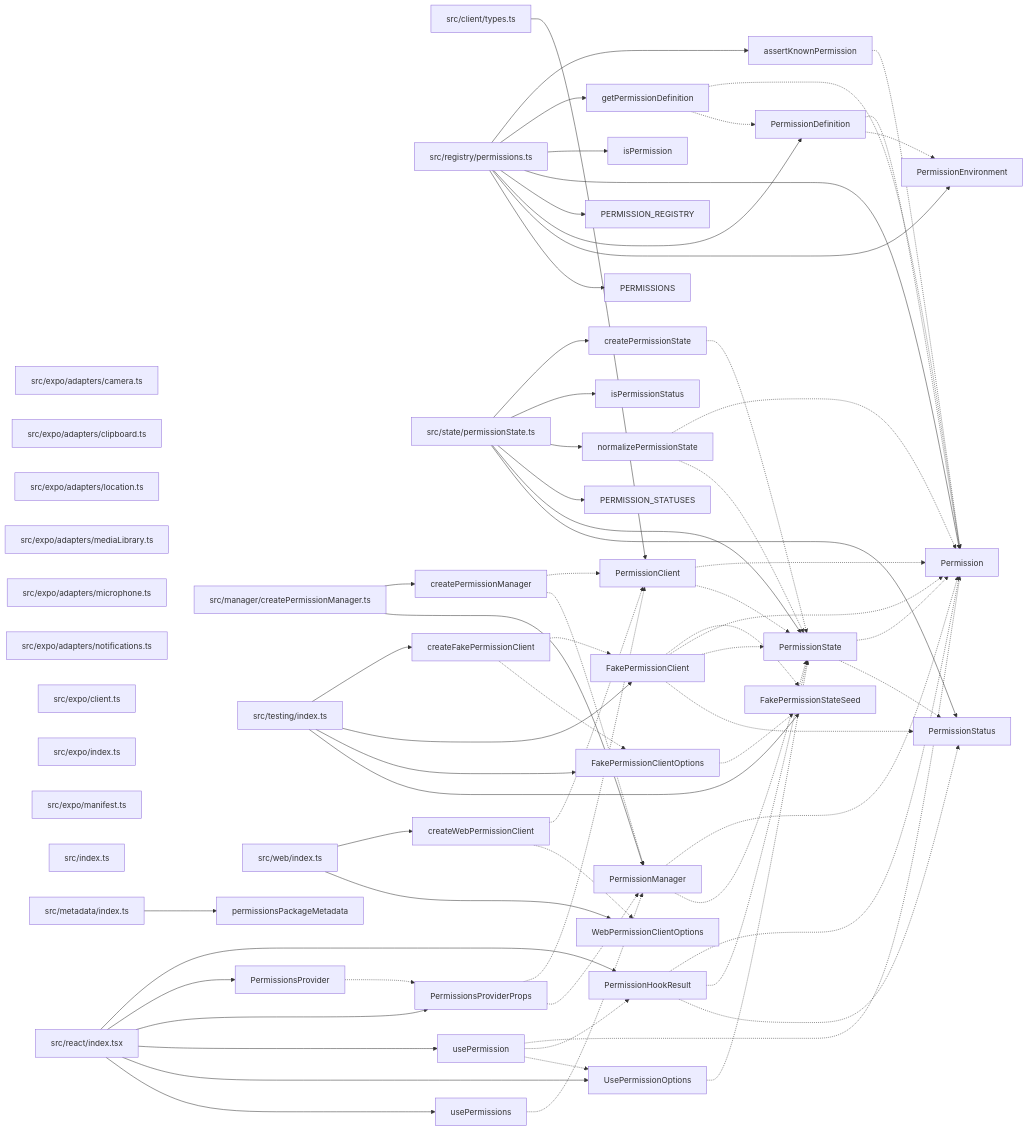
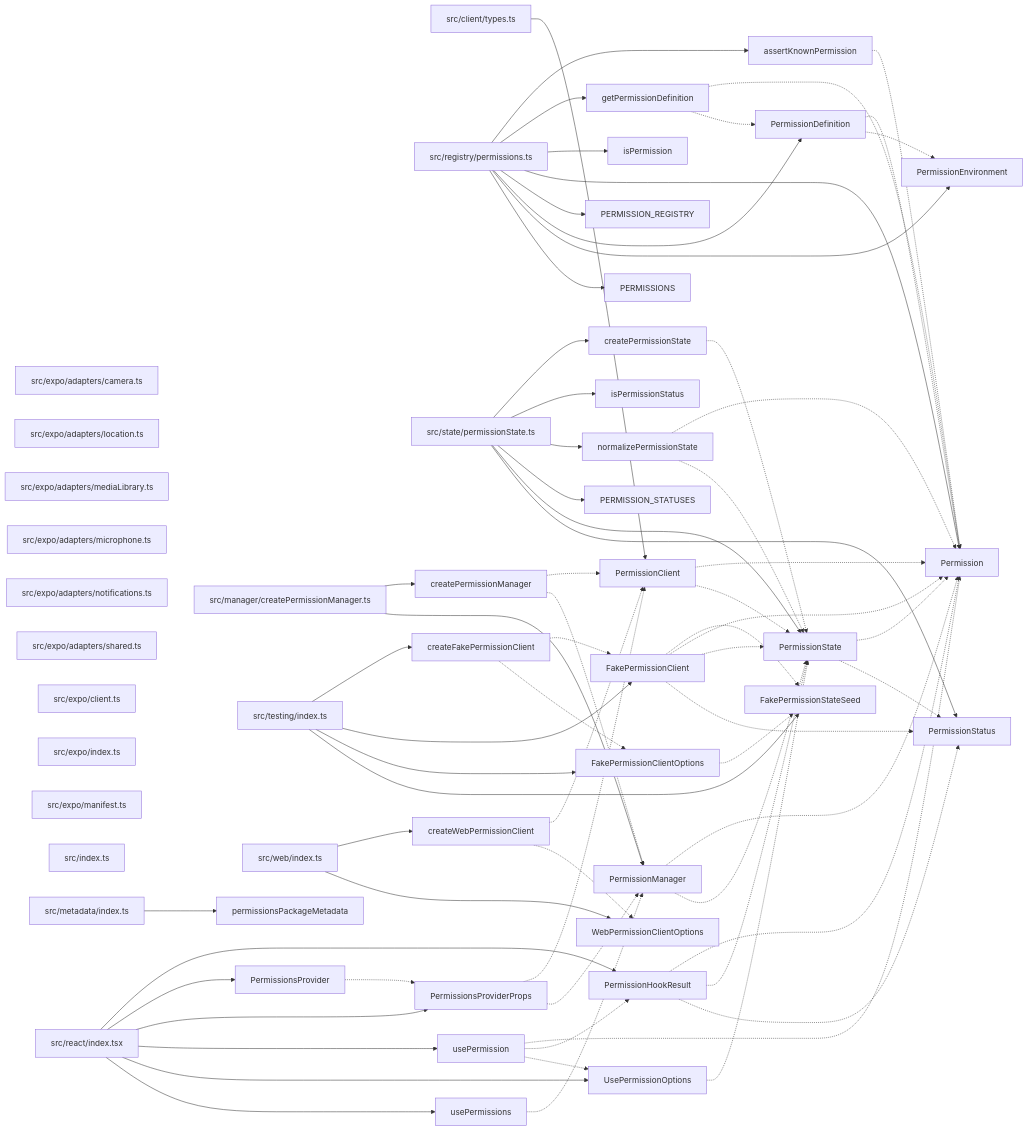
One commit to ankhorage/permissions changed the diagram in paradox/diagrams/export-graph.mmd. Above: the diagram before and after it, drawn with Mermaid. The commit also changed 7 other files, not shown here.

```diff
--- a/paradox/diagrams/export-graph.mmd
+++ b/paradox/diagrams/export-graph.mmd
@@ -1,115 +1,115 @@
 graph LR
   module_src_client_types_ts["src/client/types.ts"]
   module_src_expo_adapters_camera_ts["src/expo/adapters/camera.ts"]
-  module_src_expo_adapters_clipboard_ts["src/expo/adapters/clipboard.ts"]
   module_src_expo_adapters_location_ts["src/expo/adapters/location.ts"]
   module_src_expo_adapters_mediaLibrary_ts["src/expo/adapters/mediaLibrary.ts"]
   module_src_expo_adapters_microphone_ts["src/expo/adapters/microphone.ts"]
   module_src_expo_adapters_notifications_ts["src/expo/adapters/notifications.ts"]
+  module_src_expo_adapters_shared_ts["src/expo/adapters/shared.ts"]
   module_src_expo_client_ts["src/expo/client.ts"]
   module_src_expo_index_ts["src/expo/index.ts"]
   module_src_expo_manifest_ts["src/expo/manifest.ts"]
   module_src_index_ts["src/index.ts"]
   module_src_manager_createPermissionManager_ts["src/manager/createPermissionManager.ts"]
   module_src_metadata_index_ts["src/metadata/index.ts"]
   module_src_react_index_tsx["src/react/index.tsx"]
   module_src_registry_permissions_ts["src/registry/permissions.ts"]
   module_src_state_permissionState_ts["src/state/permissionState.ts"]
   module_src_testing_index_ts["src/testing/index.ts"]
   module_src_web_index_ts["src/web/index.ts"]
   export_assertKnownPermission["assertKnownPermission"]
   module_src_registry_permissions_ts --> export_assertKnownPermission
   export_assertKnownPermission -.-> export_Permission
   export_createFakePermissionClient["createFakePermissionClient"]
   module_src_testing_index_ts --> export_createFakePermissionClient
   export_createFakePermissionClient -.-> export_FakePermissionClient
   export_createFakePermissionClient -.-> export_FakePermissionClientOptions
   export_createPermissionManager["createPermissionManager"]
   module_src_manager_createPermissionManager_ts --> export_createPermissionManager
   export_createPermissionManager -.-> export_PermissionClient
   export_createPermissionManager -.-> export_PermissionManager
   export_createPermissionState["createPermissionState"]
   module_src_state_permissionState_ts --> export_createPermissionState
   export_createPermissionState -.-> export_PermissionState
   export_createWebPermissionClient["createWebPermissionClient"]
   module_src_web_index_ts --> export_createWebPermissionClient
   export_createWebPermissionClient -.-> export_PermissionClient
   export_createWebPermissionClient -.-> export_WebPermissionClientOptions
   export_FakePermissionClient["FakePermissionClient"]
   module_src_testing_index_ts --> export_FakePermissionClient
   export_FakePermissionClient -.-> export_FakePermissionStateSeed
   export_FakePermissionClient -.-> export_Permission
   export_FakePermissionClient -.-> export_PermissionState
   export_FakePermissionClient -.-> export_PermissionStatus
   export_FakePermissionClientOptions["FakePermissionClientOptions"]
   module_src_testing_index_ts --> export_FakePermissionClientOptions
   export_FakePermissionClientOptions -.-> export_FakePermissionStateSeed
   export_FakePermissionStateSeed["FakePermissionStateSeed"]
   module_src_testing_index_ts --> export_FakePermissionStateSeed
   export_getPermissionDefinition["getPermissionDefinition"]
   module_src_registry_permissions_ts --> export_getPermissionDefinition
   export_getPermissionDefinition -.-> export_Permission
   export_getPermissionDefinition -.-> export_PermissionDefinition
   export_isPermission["isPermission"]
   module_src_registry_permissions_ts --> export_isPermission
   export_isPermissionStatus["isPermissionStatus"]
   module_src_state_permissionState_ts --> export_isPermissionStatus
   export_normalizePermissionState["normalizePermissionState"]
   module_src_state_permissionState_ts --> export_normalizePermissionState
   export_normalizePermissionState -.-> export_Permission
   export_normalizePermissionState -.-> export_PermissionState
   export_Permission["Permission"]
   module_src_registry_permissions_ts --> export_Permission
   export_PERMISSION_REGISTRY["PERMISSION_REGISTRY"]
   module_src_registry_permissions_ts --> export_PERMISSION_REGISTRY
   export_PERMISSION_STATUSES["PERMISSION_STATUSES"]
   module_src_state_permissionState_ts --> export_PERMISSION_STATUSES
   export_PermissionClient["PermissionClient"]
   module_src_client_types_ts --> export_PermissionClient
   export_PermissionClient -.-> export_Permission
   export_PermissionClient -.-> export_PermissionState
   export_PermissionDefinition["PermissionDefinition"]
   module_src_registry_permissions_ts --> export_PermissionDefinition
   export_PermissionDefinition -.-> export_Permission
   export_PermissionDefinition -.-> export_PermissionEnvironment
   export_PermissionEnvironment["PermissionEnvironment"]
   module_src_registry_permissions_ts --> export_PermissionEnvironment
   export_PermissionHookResult["PermissionHookResult"]
   module_src_react_index_tsx --> export_PermissionHookResult
   export_PermissionHookResult -.-> export_Permission
   export_PermissionHookResult -.-> export_PermissionState
   export_PermissionHookResult -.-> export_PermissionStatus
   export_PermissionManager["PermissionManager"]
   module_src_manager_createPermissionManager_ts --> export_PermissionManager
   export_PermissionManager -.-> export_Permission
   export_PermissionManager -.-> export_PermissionState
   export_PERMISSIONS["PERMISSIONS"]
   module_src_registry_permissions_ts --> export_PERMISSIONS
   export_permissionsPackageMetadata["permissionsPackageMetadata"]
   module_src_metadata_index_ts --> export_permissionsPackageMetadata
   export_PermissionsProvider["PermissionsProvider"]
   module_src_react_index_tsx --> export_PermissionsProvider
   export_PermissionsProvider -.-> export_PermissionsProviderProps
   export_PermissionsProviderProps["PermissionsProviderProps"]
   module_src_react_index_tsx --> export_PermissionsProviderProps
   export_PermissionsProviderProps -.-> export_PermissionClient
   export_PermissionsProviderProps -.-> export_PermissionManager
   export_PermissionState["PermissionState"]
   module_src_state_permissionState_ts --> export_PermissionState
   export_PermissionState -.-> export_Permission
   export_PermissionState -.-> export_PermissionStatus
   export_PermissionStatus["PermissionStatus"]
   module_src_state_permissionState_ts --> export_PermissionStatus
   export_usePermission["usePermission"]
   module_src_react_index_tsx --> export_usePermission
   export_usePermission -.-> export_Permission
   export_usePermission -.-> export_PermissionHookResult
   export_usePermission -.-> export_UsePermissionOptions
   export_UsePermissionOptions["UsePermissionOptions"]
   module_src_react_index_tsx --> export_UsePermissionOptions
   export_UsePermissionOptions -.-> export_PermissionState
   export_usePermissions["usePermissions"]
   module_src_react_index_tsx --> export_usePermissions
   export_usePermissions -.-> export_PermissionManager
   export_WebPermissionClientOptions["WebPermissionClientOptions"]
   module_src_web_index_ts --> export_WebPermissionClientOptions
```
